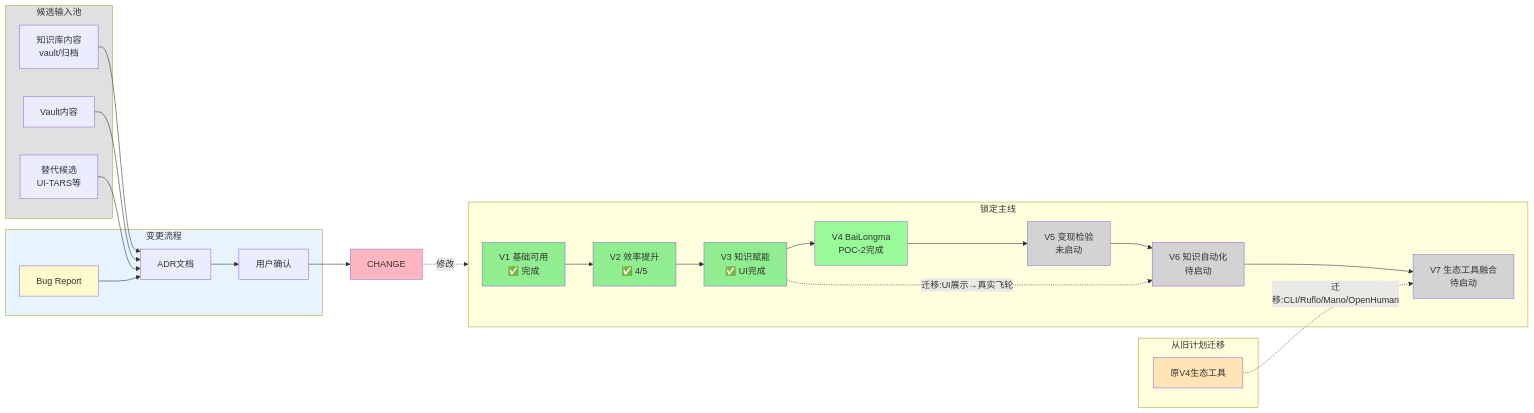
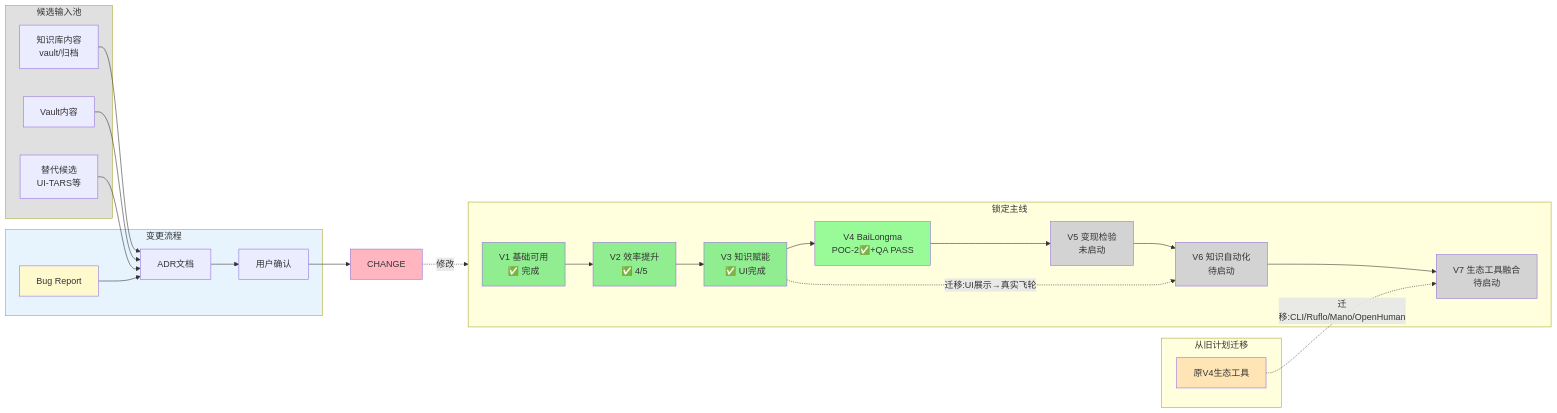
The diagram in docs/roadmap-locked-2026-05-28.md (HammerTech-Z/hcc-framework), drawn with Mermaid before and after one commit. The commit also changed other lines of this file and 2 other files, not shown here.

Commit message:
docs: mark BaiLongma POC-2 QA pass and activate P2

````diff
--- a/docs/roadmap-locked-2026-05-28.md
+++ b/docs/roadmap-locked-2026-05-28.md
@@ -21,54 +21,54 @@
 ```mermaid
 flowchart LR
     subgraph LOCKED["锁定主线"]
         V1[V1 基础可用<br/>✅ 完成]
         V2[V2 效率提升<br/>✅ 4/5]
         V3[V3 知识赋能<br/>✅ UI完成]
-        V4[V4 BaiLongma<br/>POC-2完成]
+        V4[V4 BaiLongma<br/>POC-2✅+QA PASS]
         V5[V5 变现检验<br/>未启动]
         V6[V6 知识自动化<br/>待启动]
         V7[V7 生态工具融合<br/>待启动]
     end
 
     V1 --> V2 --> V3 --> V4 --> V5 --> V6 --> V7
 
     V3 -.->|"迁移:UI展示→真实飞轮"| V6
 
     subgraph MIGRATED["从旧计划迁移"]
         OLD_V4[原V4生态工具]
     end
     OLD_V4 -.->|"迁移:CLI/Ruflo/Mano/OpenHuman"| V7
 
     subgraph CANDIDATE["候选输入池"]
         KB[知识库内容<br/>vault/归档]
         VAULT[Vault内容]
         ALTS[替代候选<br/>UI-TARS等]
     end
 
     subgraph APPROVAL["变更流程"]
         ADR[ADR文档]
         USER[用户确认]
         BUG[Bug Report]
     end
 
     KB --> ADR
     VAULT --> ADR
     ALTS --> ADR
     BUG --> ADR
     ADR --> USER
     USER --> CHANGE
     CHANGE -.->|修改| LOCKED
 
     style V1 fill:#90EE90
     style V2 fill:#90EE90
     style V3 fill:#90EE90
     style V4 fill:#98FB98
     style V5 fill:#D3D3D3
     style V6 fill:#D3D3D3
     style V7 fill:#D3D3D3
     style OLD_V4 fill:#FFE4B5
     style CANDIDATE fill:#E0E0E0
     style APPROVAL fill:#E8F4FD
     style CHANGE fill:#FFB6C1
     style BUG fill:#FFFACD
 ```
````
